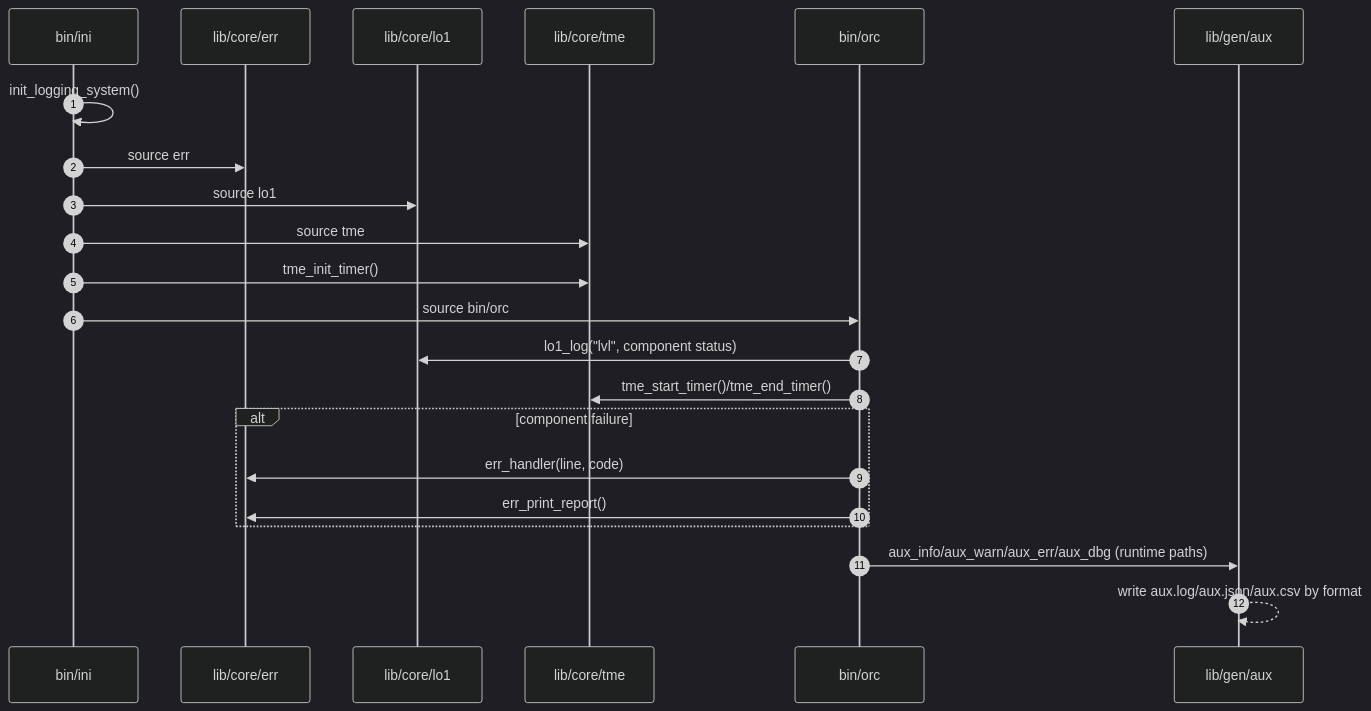
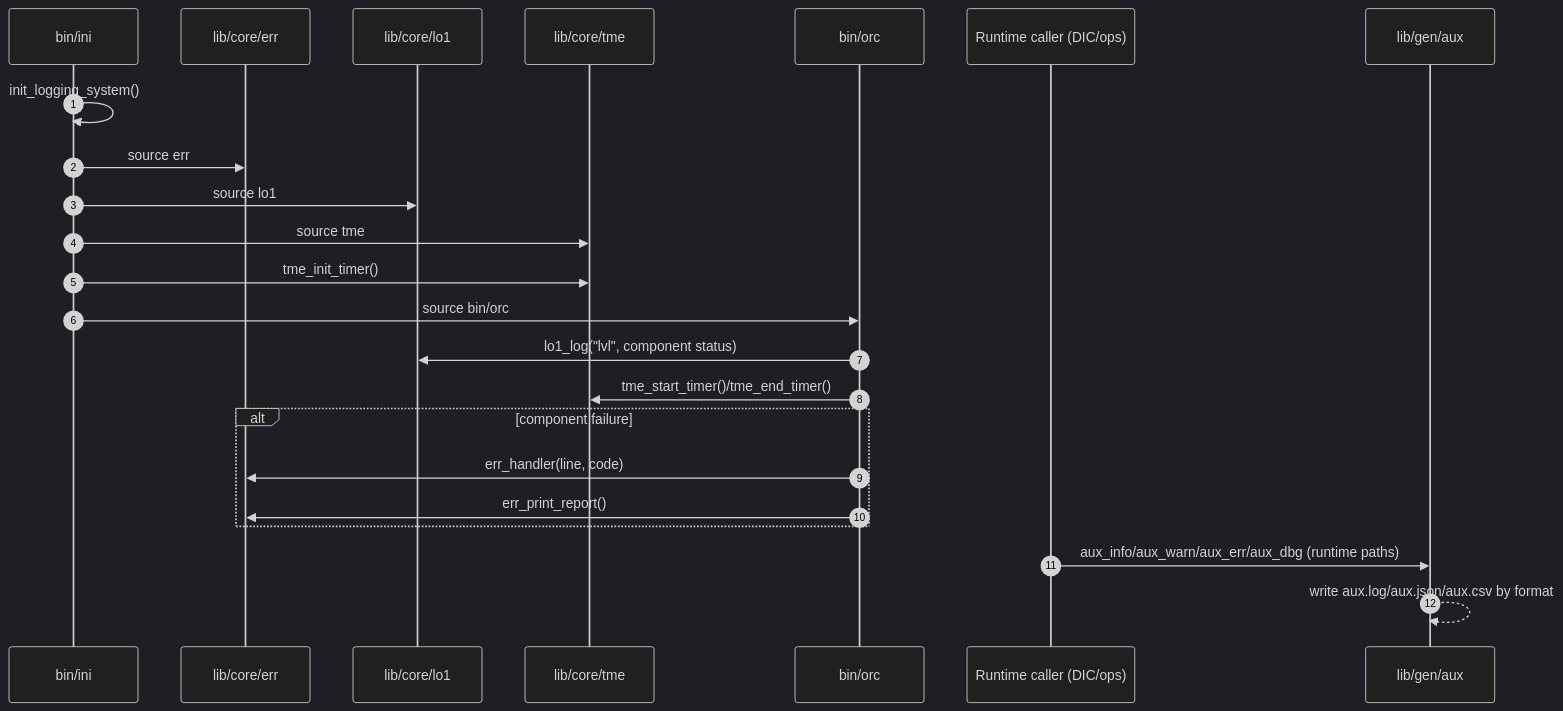
One commit to woeiru/lab changed the first of 2 diagrams in doc/arc/07-logging-and-error-handling.md. Above: the diagram before and after it, drawn with Mermaid (dark theme). The commit also changed other lines of this file and 5 other files, not shown here.

First line of the commit message:
docs: update architecture overview and orchestration details

````diff
--- a/doc/arc/07-logging-and-error-handling.md
+++ b/doc/arc/07-logging-and-error-handling.md
@@ -28,28 +28,29 @@
 ```mermaid
 sequenceDiagram
     autonumber
     participant I as bin/ini
     participant E as lib/core/err
     participant L as lib/core/lo1
     participant T as lib/core/tme
     participant O as bin/orc
+    participant R as Runtime caller (DIC/ops)
     participant A as lib/gen/aux
 
     I->>I: init_logging_system()
     I->>E: source err
     I->>L: source lo1
     I->>T: source tme
     I->>T: tme_init_timer()
     I->>O: source bin/orc
 
     O->>L: lo1_log("lvl", component status)
     O->>T: tme_start_timer()/tme_end_timer()
 
     alt component failure
         O->>E: err_handler(line, code)
         O->>E: err_print_report()
     end
 
-    O->>A: aux_info/aux_warn/aux_err/aux_dbg (runtime paths)
+    R->>A: aux_info/aux_warn/aux_err/aux_dbg (runtime paths)
     A-->>A: write aux.log/aux.json/aux.csv by format
 ```
````
